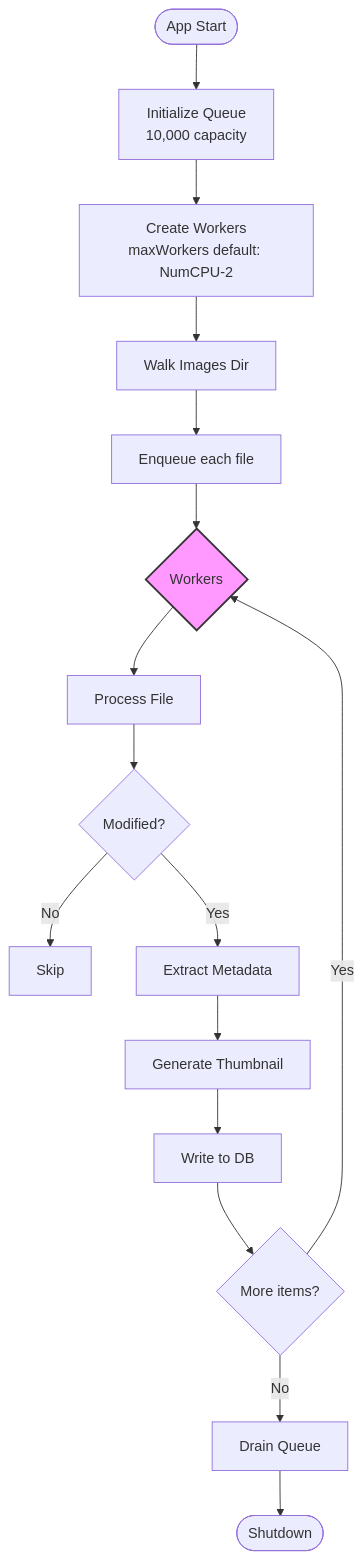
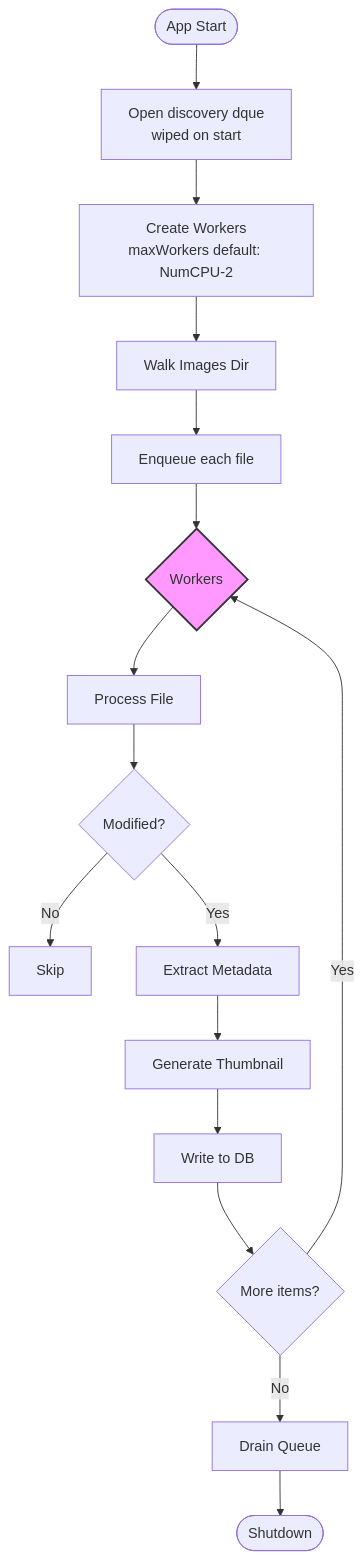
One commit to lbe/sfpg-go changed the seventh of 20 diagrams in docs/ARCHITECTURE.md. Above: the diagram before and after it, drawn with Mermaid. The commit also changed other lines of this file and 76 other files, not shown here.

````diff
--- a/docs/ARCHITECTURE.md
+++ b/docs/ARCHITECTURE.md
@@ -589,21 +594,21 @@
 ```mermaid
 flowchart TD
-    Start([App Start]) --> InitQueue[Initialize Queue<br/>10,000 capacity]
+    Start([App Start]) --> InitQueue[Open discovery dque<br/>wiped on start]
     InitQueue --> CreateWorkers[Create Workers<br/>maxWorkers default: NumCPU-2]
     CreateWorkers --> Walk[Walk Images Dir]
     Walk --> Enqueue[Enqueue each file]
     Enqueue --> Workers{Workers}
 
     Workers --> Process[Process File]
     Process --> CheckModified{Modified?}
     CheckModified -->|No| Skip
     CheckModified -->|Yes| Extract[Extract Metadata]
     Extract --> Thumbnail[Generate Thumbnail]
     Thumbnail --> Write[Write to DB]
     Write --> Next{More items?}
     Next -->|Yes| Workers
     Next -->|No| Drain[Drain Queue]
     Drain --> Shutdown([Shutdown])
 
     style Workers fill:#f9f,stroke:#333,stroke-width:2px
 ```
````
